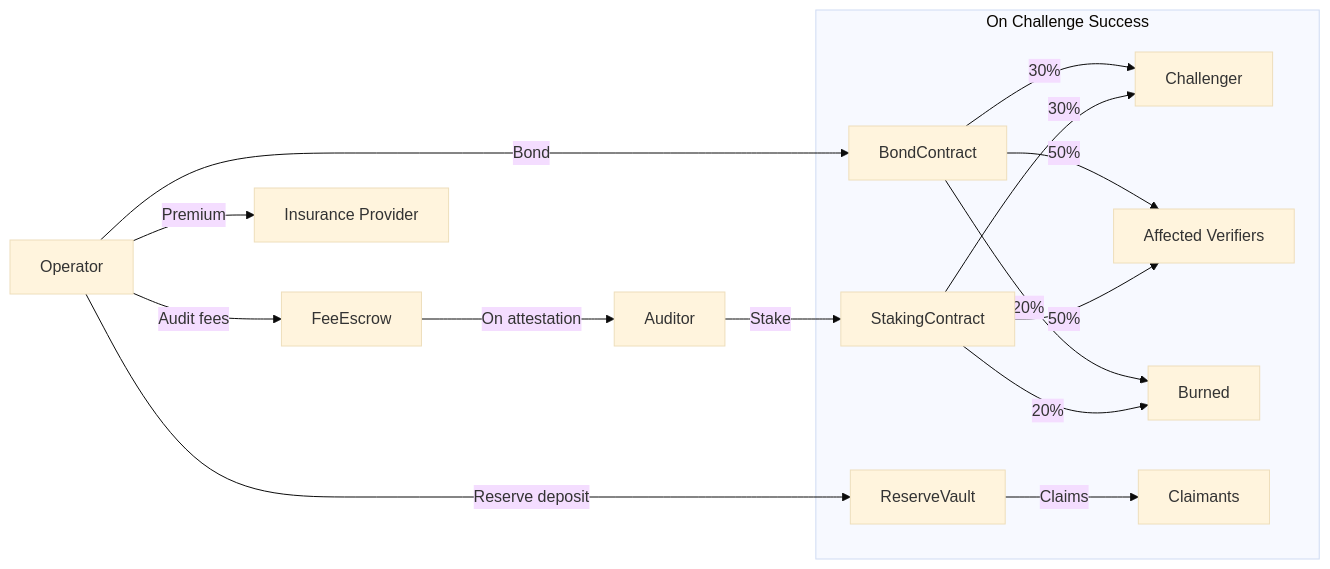
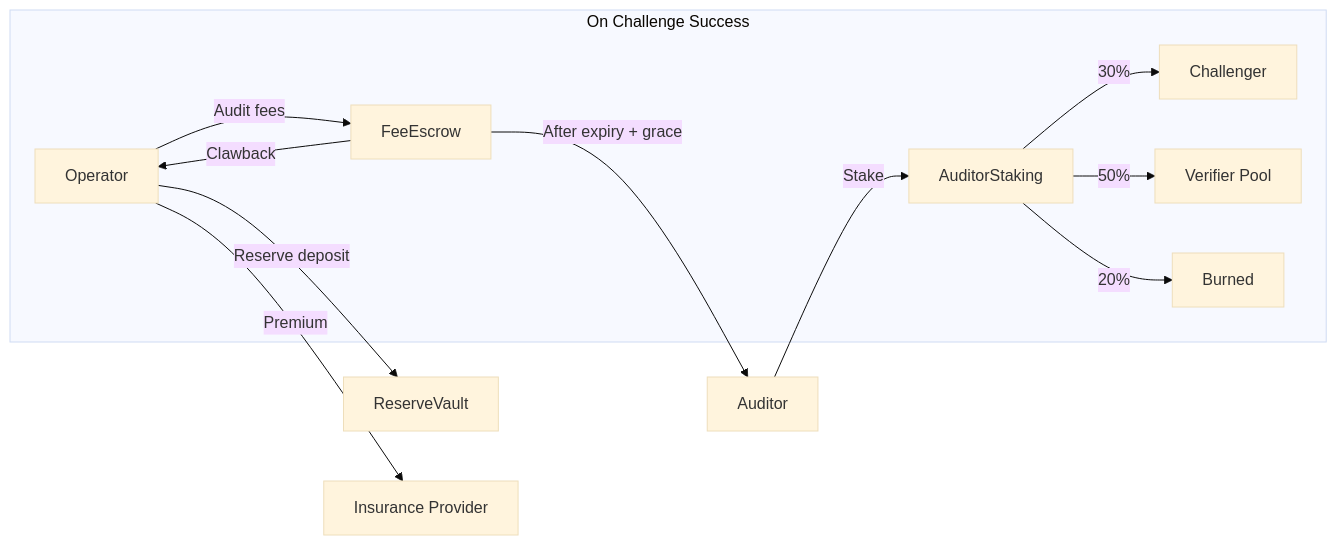
Before and after one commit to iamnotdou/ccp: the diagram in docs/content/docs/economics/money-flows.mdx, drawn with Mermaid (base theme). The commit also changed other lines of this file and 2 other files, not shown here.

First line of the commit message:
Fix economics docs — remove operator bond, align with actual contracts

````diff
--- a/docs/content/docs/economics/money-flows.mdx
+++ b/docs/content/docs/economics/money-flows.mdx
@@ -14,20 +14,16 @@
 ```mermaid
 flowchart LR
     O[Operator] -->|Reserve deposit| RV[ReserveVault]
-    O -->|Bond| BC[BondContract]
     O -->|Audit fees| FE[FeeEscrow]
     O -->|Premium| IP[Insurance Provider]
 
-    A[Auditor] -->|Stake| SC[StakingContract]
-    FE -->|On attestation| A
+    A[Auditor] -->|Stake| AS[AuditorStaking]
+    FE -->|After expiry + grace| A
 
     subgraph "On Challenge Success"
-        BC -->|30%| CH[Challenger]
-        BC -->|50%| VR[Affected Verifiers]
-        BC -->|20%| BN[Burned]
-        SC -->|30%| CH
-        SC -->|50%| VR
-        SC -->|20%| BN
-        RV -->|Claims| CL[Claimants]
+        AS -->|30%| CH[Challenger]
+        AS -->|50%| VR[Verifier Pool]
+        AS -->|20%| BN[Burned]
+        FE -->|Clawback| O
     end
 ```
````
